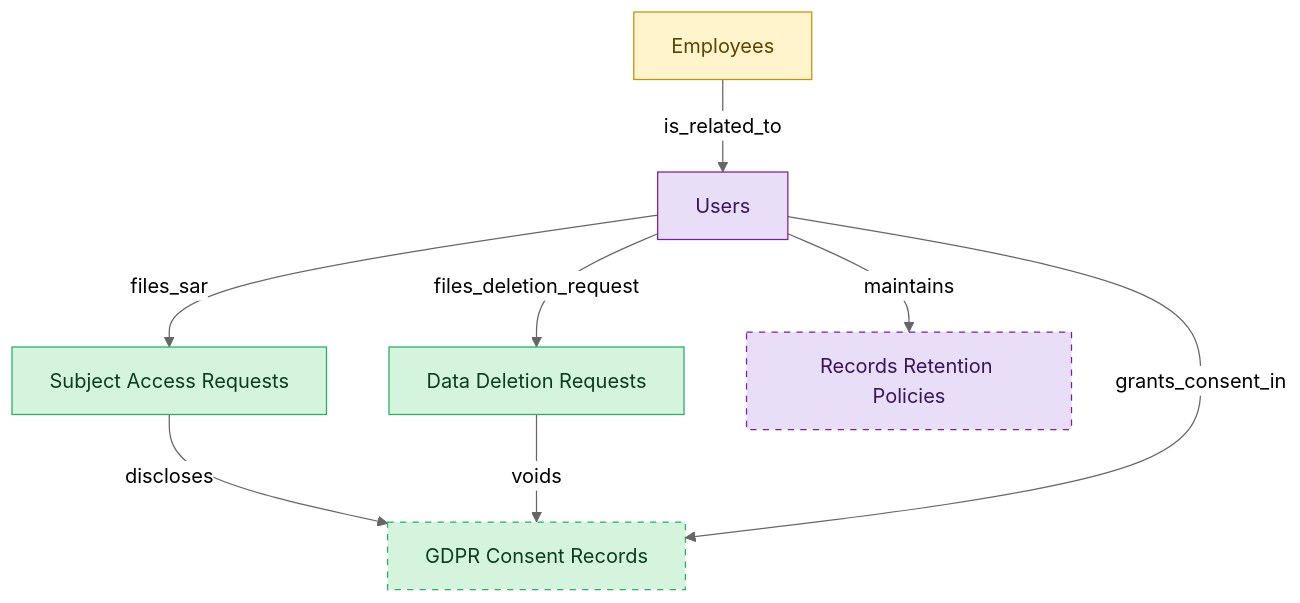
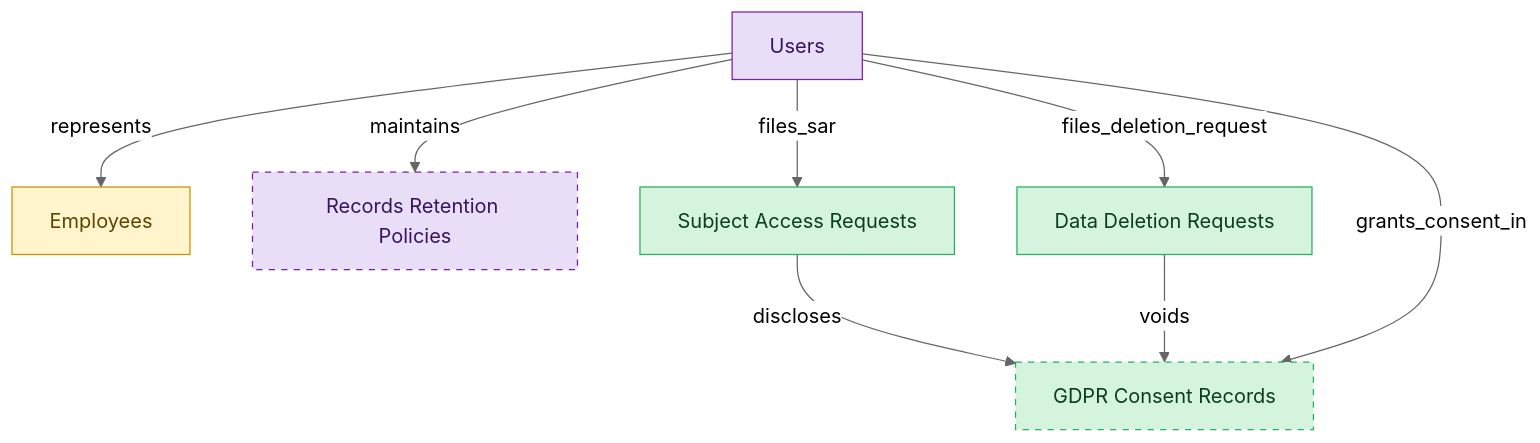
Before and after one commit to IntranetFactory/domain-map: the diagram in catalog/blueprints/lms-ct-gdpr-semantic-blueprint.md, drawn with Mermaid (neutral theme). The commit also changed other lines of this file and 122 other files, not shown here.

````diff
--- a/catalog/blueprints/lms-ct-gdpr-semantic-blueprint.md
+++ b/catalog/blueprints/lms-ct-gdpr-semantic-blueprint.md
@@ -35,27 +36,27 @@
 ```mermaid
 flowchart TD
   classDef master fill:#d4f4dd,stroke:#27ae60,color:#0b3d20;
   classDef embedded_master fill:#fff4cc,stroke:#c79100,color:#5b4500;
   classDef consumer fill:#e8def8,stroke:#7b1fa2,color:#3a155d;
+  employees["Employees"]
+  records_retention_policies["Records Retention Policies"]
+  users["Users"]
+  gdpr_consent_records["GDPR Consent Records"]
   subject_access_requests["Subject Access Requests"]
   data_deletion_requests["Data Deletion Requests"]
-  employees["Employees"]
-  users["Users"]
-  gdpr_consent_records["GDPR Consent Records"]
-  records_retention_policies["Records Retention Policies"]
+  users -->|"represents"| employees
+  users -->|"maintains"| records_retention_policies
   subject_access_requests -->|"discloses"| gdpr_consent_records
   data_deletion_requests -->|"voids"| gdpr_consent_records
   users -->|"grants_consent_in"| gdpr_consent_records
   users -->|"files_sar"| subject_access_requests
   users -->|"files_deletion_request"| data_deletion_requests
-  employees -->|"is_related_to"| users
-  users -->|"maintains"| records_retention_policies
+  class employees embedded_master;
+  class records_retention_policies consumer;
+  class users consumer;
+  class gdpr_consent_records master;
   class subject_access_requests master;
   class data_deletion_requests master;
-  class employees embedded_master;
-  class users consumer;
-  class gdpr_consent_records master;
-  class records_retention_policies consumer;
+  style records_retention_policies stroke-dasharray:5 5;
   style gdpr_consent_records stroke-dasharray:5 5;
-  style records_retention_policies stroke-dasharray:5 5;
 ```
````
